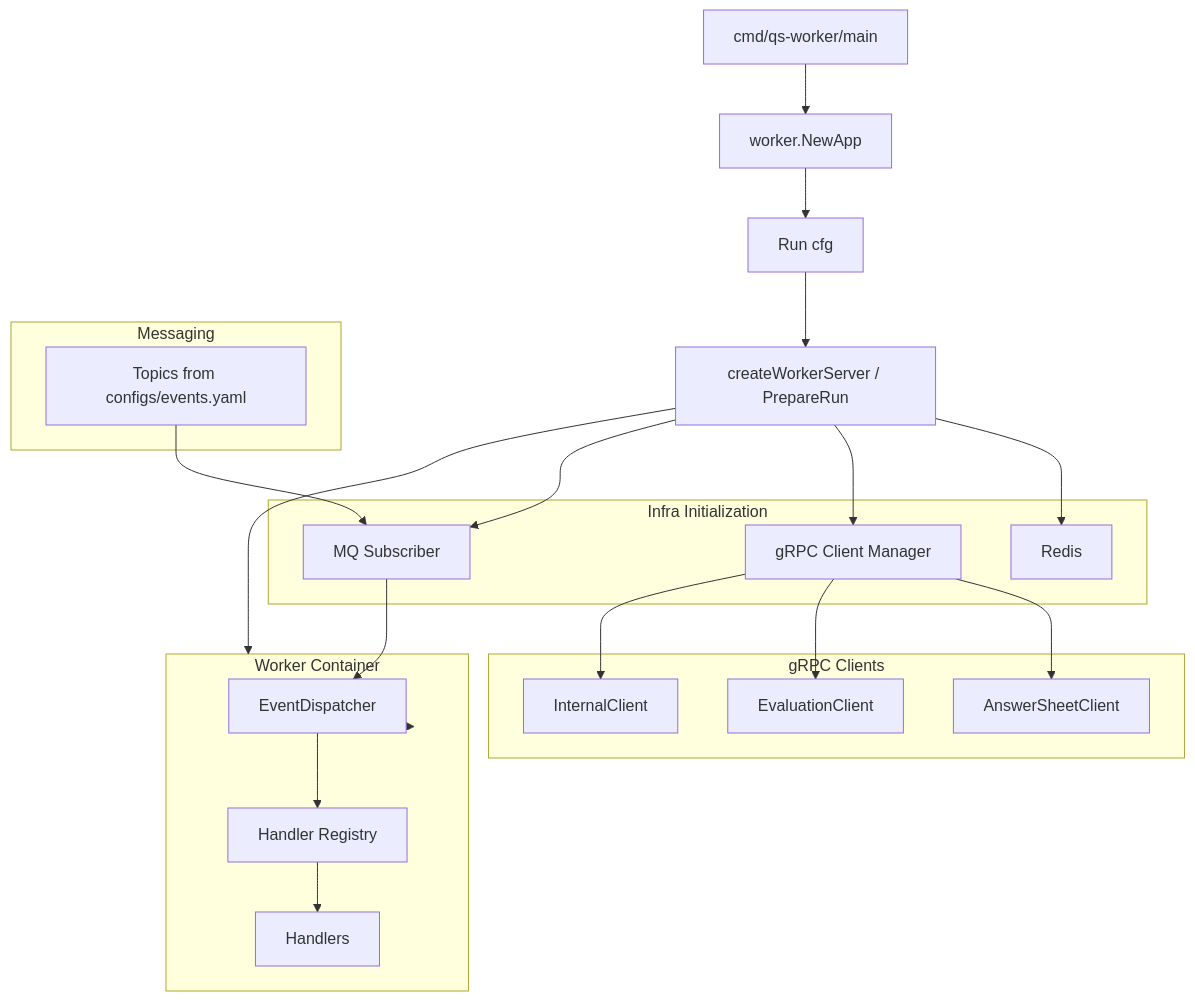
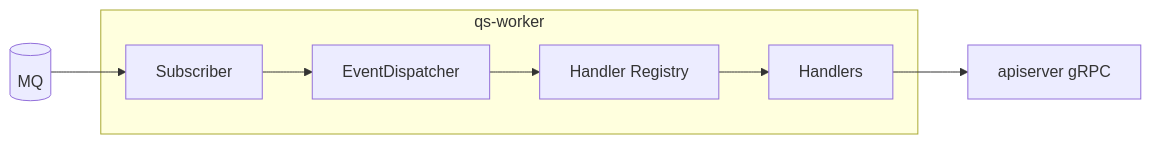
One commit to FangcunMount/qs-server changed the first of 2 diagrams in docs/01-运行时/03-worker.md. Above: the diagram before and after it, drawn with Mermaid. The commit also changed other lines of this file and 34 other files, not shown here.

````diff
--- a/docs/01-运行时/03-worker.md
+++ b/docs/01-运行时/03-worker.md
@@ -22,43 +21,18 @@
 ```mermaid
-flowchart TD
-    main[cmd/qs-worker/main]
-    app[worker.NewApp]
-    run[Run cfg]
-    server[createWorkerServer / PrepareRun]
+flowchart LR
+    MQ[(MQ)]
 
-    subgraph infra[Infra Initialization]
-        redis[Redis]
-        grpcmgr[gRPC Client Manager]
-        subscriber[MQ Subscriber]
+    subgraph W[qs-worker]
+        Sub[Subscriber]
+        D[EventDispatcher]
+        Reg[Handler Registry]
+        H[Handlers]
     end
 
-    subgraph container[Worker Container]
-        dispatcher[EventDispatcher]
-        registry[Handler Registry]
-        handlers[Handlers]
-    end
+    API[apiserver gRPC]
 
-    subgraph clients[gRPC Clients]
-        answerSheetClient[AnswerSheetClient]
-        evaluationClient[EvaluationClient]
-        internalClient[InternalClient]
-    end
-
-    subgraph mq[Messaging]
-        events[Topics from configs/events.yaml]
-    end
-
-    main --> app --> run --> server
-    server --> redis
-    server --> grpcmgr
-    server --> subscriber
-    server --> container
-    container --> dispatcher
-    dispatcher --> registry
-    registry --> handlers
-    grpcmgr --> answerSheetClient
-    grpcmgr --> evaluationClient
-    grpcmgr --> internalClient
-    events --> subscriber
-    subscriber --> dispatcher
+    MQ --> Sub --> D
+    D --> Reg
+    Reg --> H
+    H --> API
 ```
````
